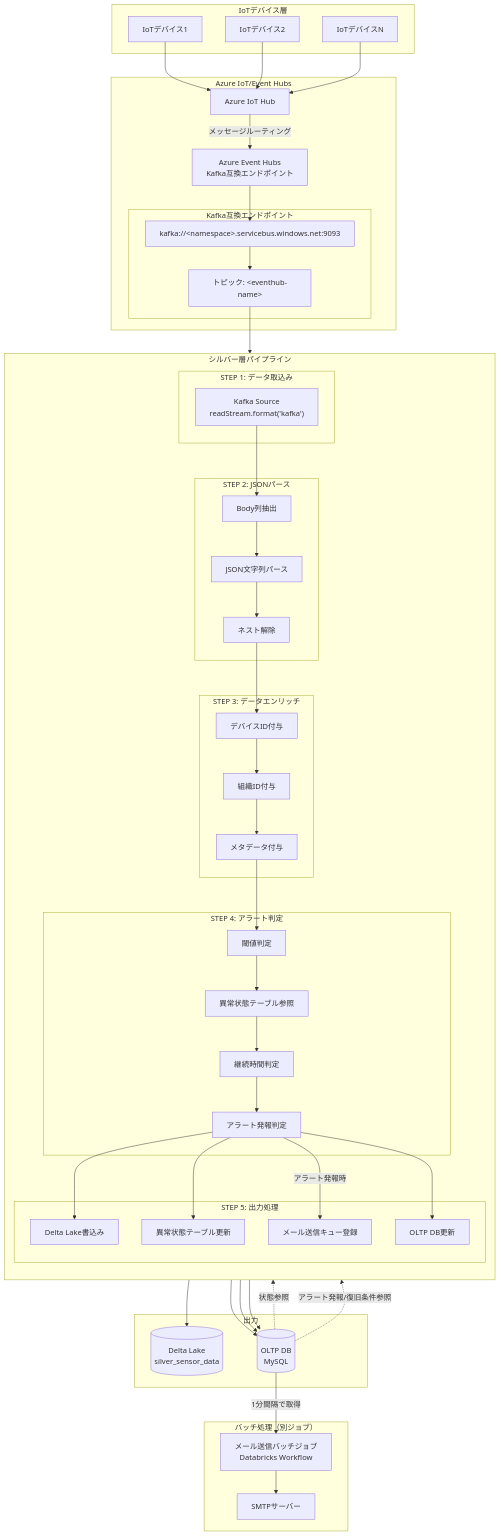
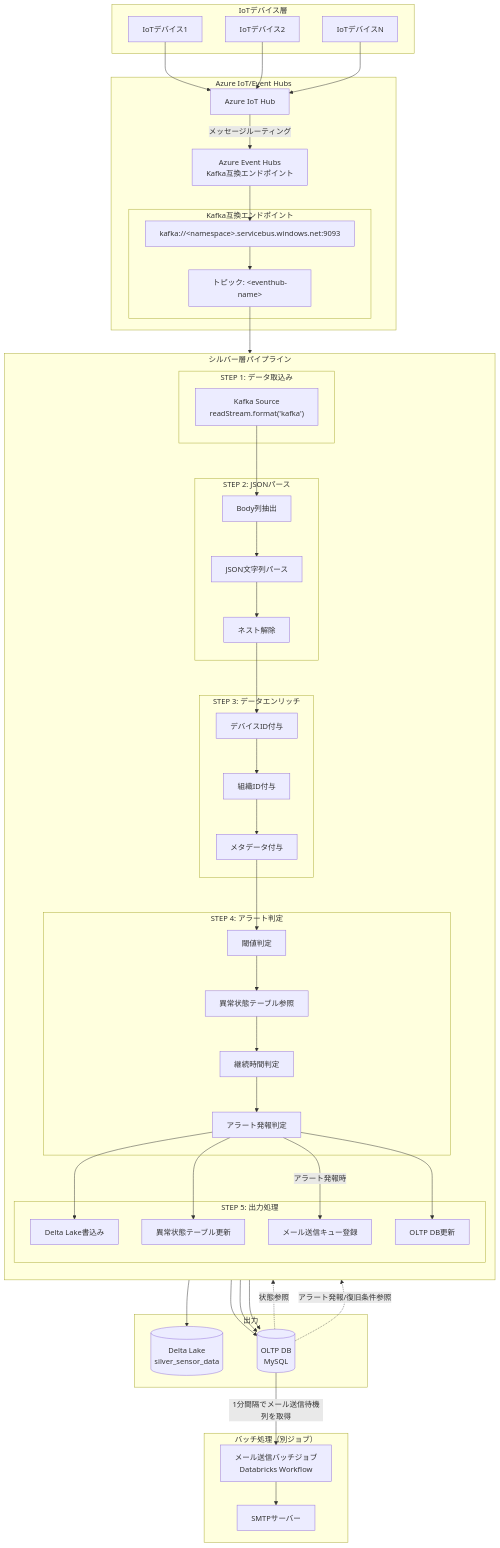
Before and after one commit to NSW-SVCP-AIWG002/Databricks-IoT: the first of 3 diagrams in docs/03-features/ldp-pipeline/silver-layer/ldp-pipeline-specification.md, drawn with Mermaid. The commit also changed other lines of this file and 2 other files, not shown here.

````diff
--- a/docs/03-features/ldp-pipeline/silver-layer/ldp-pipeline-specification.md
+++ b/docs/03-features/ldp-pipeline/silver-layer/ldp-pipeline-specification.md
@@ -236,6 +236,6 @@
 
     OLTP -.->|アラート発報/復旧条件参照| Threshold
 
-    OLTP -->|1分間隔で取得| BatchJob
+    OLTP -->|1分間隔でメール送信待機列を取得| BatchJob
     BatchJob --> SMTP
 ```
````
